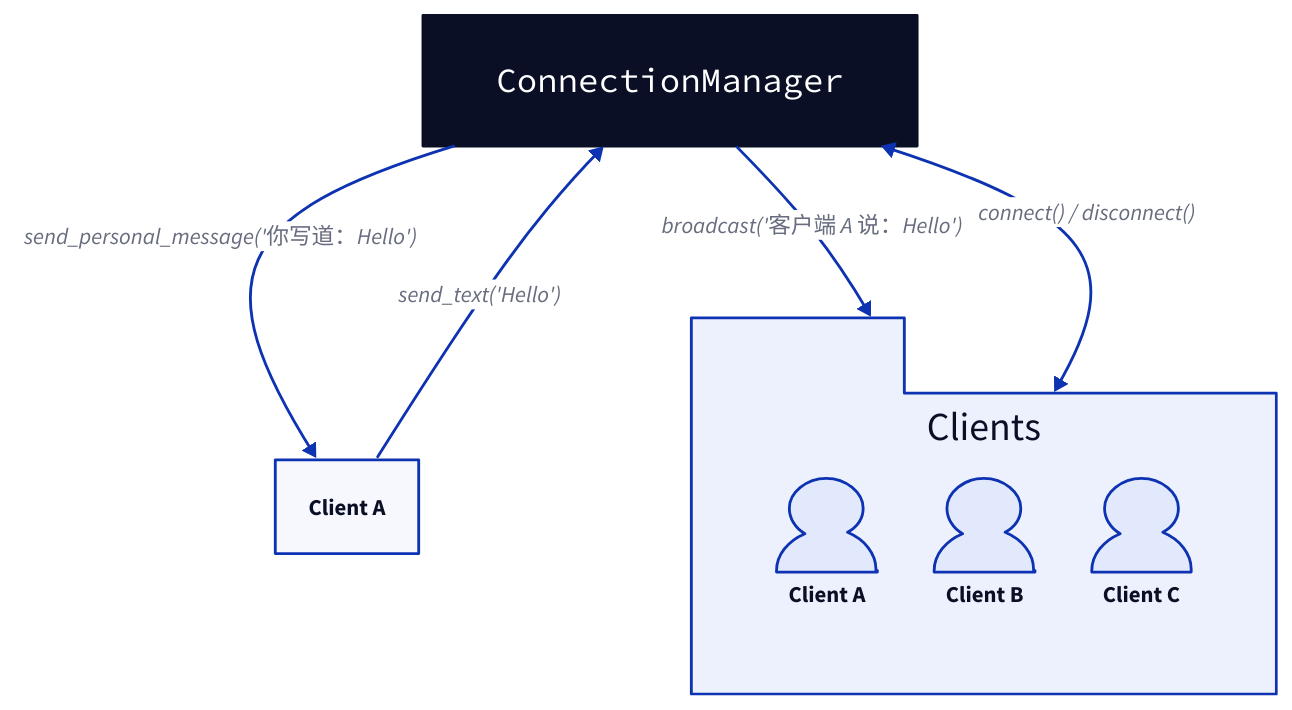
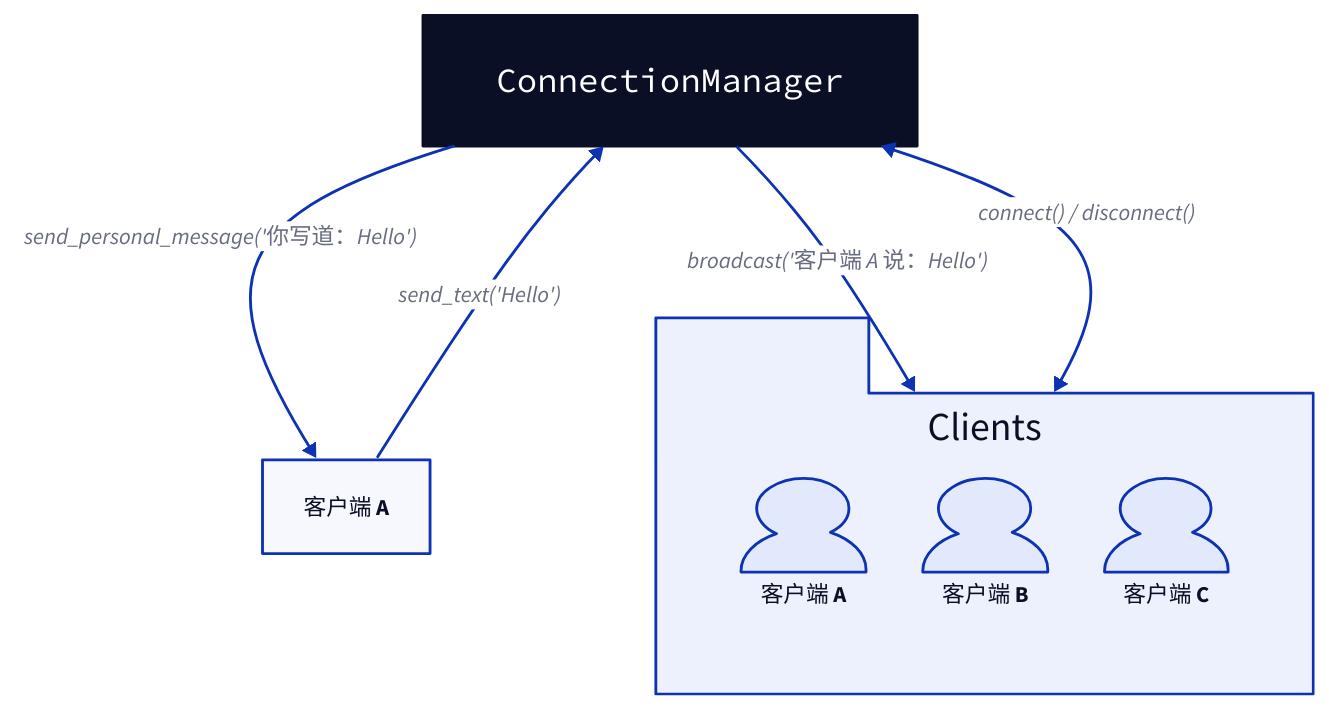
One commit to lban2049/fastapi changed the second of 2 diagrams in .aigne/doc-smith/docs/advanced-websockets.zh.md. Above: the diagram before and after it, drawn with D2. The commit also changed other lines of this file and 40 other files, not shown here.

````diff
--- a/.aigne/doc-smith/docs/advanced-websockets.zh.md
+++ b/.aigne/doc-smith/docs/advanced-websockets.zh.md
@@ -164,23 +169,23 @@
 ```d2
 direction: down
 
-"Manager": {
+Manager: {
   shape: class
   label: "ConnectionManager"
 }
 
-"Clients": {
+Clients: {
   shape: package
   grid-columns: 3
-  "Client A": { shape: person }
-  "Client B": { shape: person }
-  "Client C": { shape: person }
+  "客户端 A": { shape: person }
+  "客户端 B": { shape: person }
+  "客户端 C": { shape: person }
 }
 
-"Clients" <-> "Manager": "connect() / disconnect()"
+Clients <-> Manager: "connect() / disconnect()"
 
-"Client A" -> "Manager": "send_text('Hello')"
+"客户端 A" -> Manager: "send_text('Hello')"
 
-"Manager" -> "Client A": "send_personal_message('你写道：Hello')"
-"Manager" -> "Clients": "broadcast('客户端 A 说：Hello')"
+Manager -> "客户端 A": "send_personal_message('你写道：Hello')"
+Manager -> Clients: "broadcast('客户端 A 说：Hello')"
 ```
````
